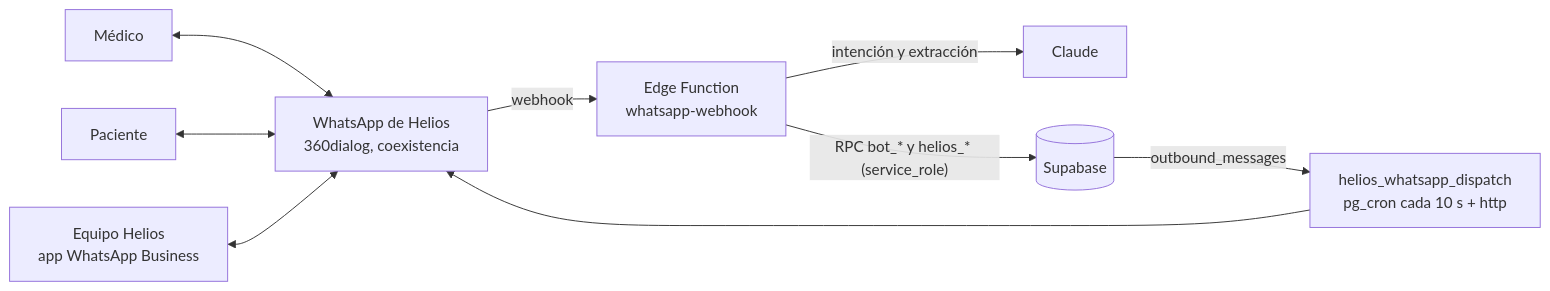
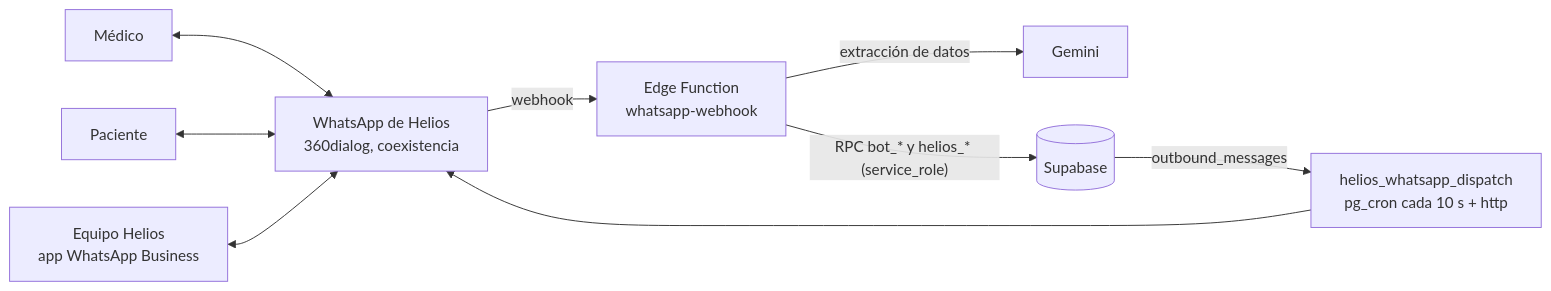
One commit to Jcarvajal3/Helios changed the second of 2 diagrams in docs/00-PLAN-DE-IMPLEMENTACION.md. Above: the diagram before and after it, drawn with Mermaid. The commit also changed other lines of this file and 5 other files, not shown here.

First line of the commit message:
El bot lee los datos libres con Gemini en lugar de Claude

````diff
--- a/docs/00-PLAN-DE-IMPLEMENTACION.md
+++ b/docs/00-PLAN-DE-IMPLEMENTACION.md
@@ -766,11 +766,11 @@
 ```mermaid
 flowchart LR
   M[Médico] <--> W[WhatsApp de Helios<br/>360dialog, coexistencia]
   P[Paciente] <--> W
   E[Equipo Helios<br/>app WhatsApp Business] <--> W
   W -- webhook --> F[Edge Function<br/>whatsapp-webhook]
-  F -- intención y extracción --> A[Claude]
+  F -- extracción de datos --> A[Gemini]
   F -- "RPC bot_* y helios_* (service_role)" --> DB[(Supabase)]
   DB -- outbound_messages --> D[helios_whatsapp_dispatch<br/>pg_cron cada 10 s + http]
   D --> W
 ```
````
